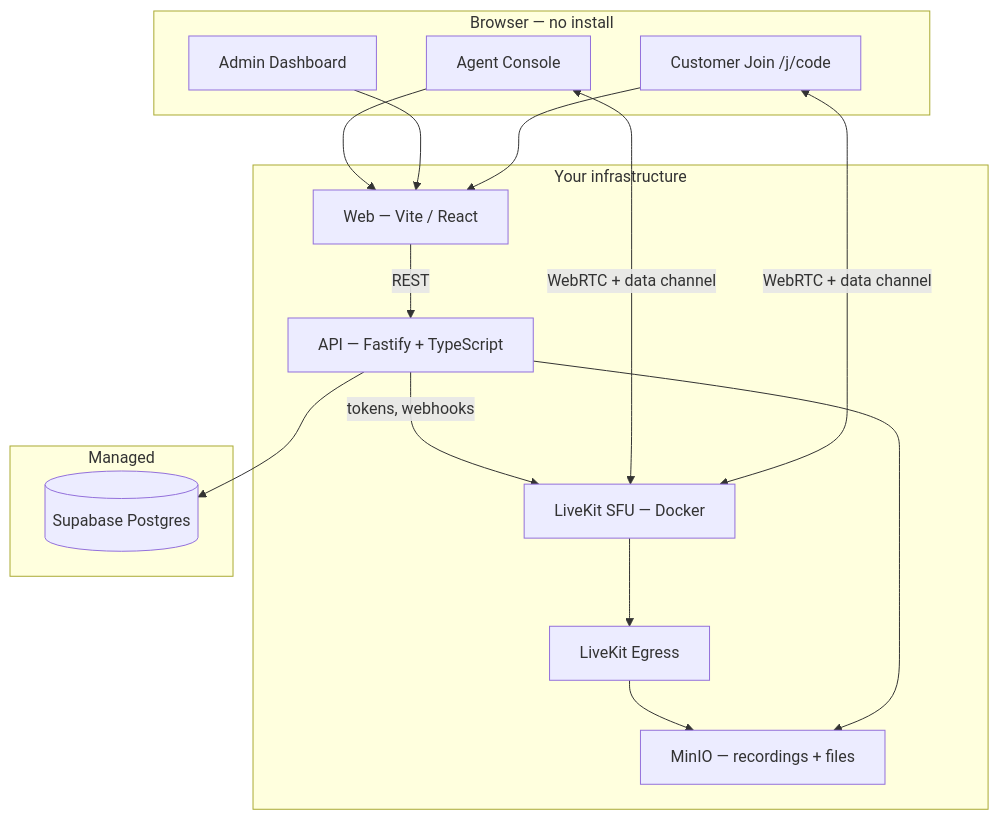
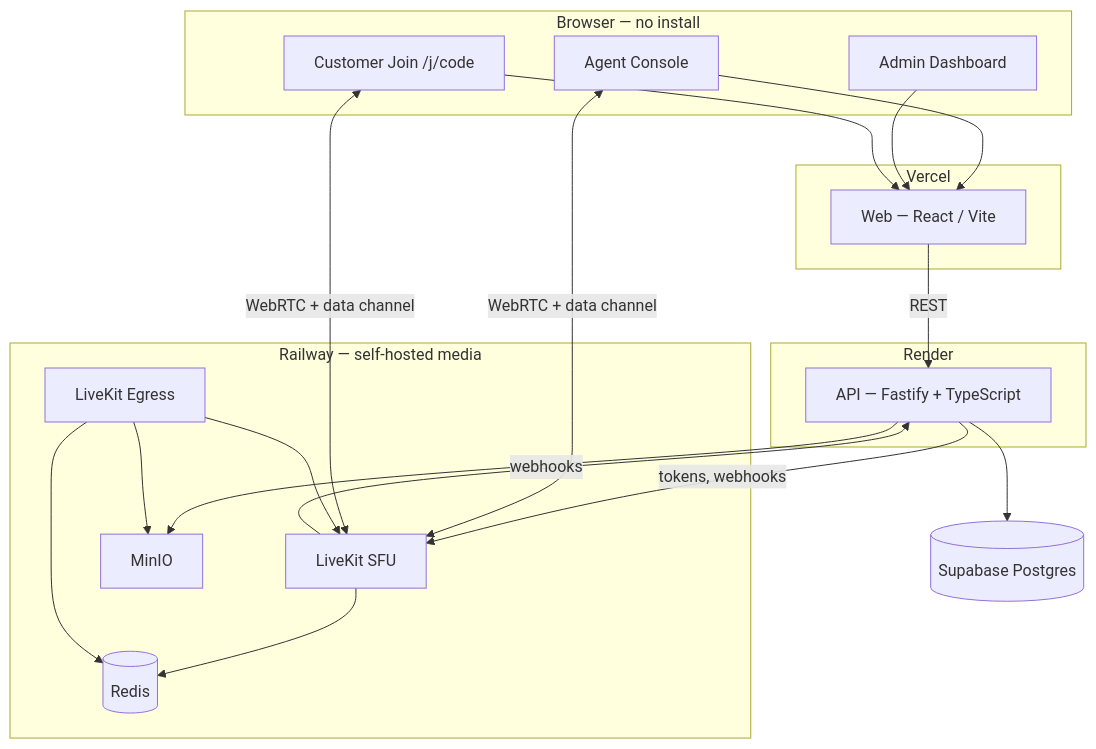
The diagram in README.md (SreeRag1907/AssistLens), drawn with Mermaid before and after one commit. The commit also changed other lines of this file and 2 other files, not shown here.

Commit message:
updated the readme and architecture

````diff
--- a/README.md
+++ b/README.md
@@ -57,32 +55,40 @@
 ```mermaid
 flowchart TD
   subgraph browsers [Browser — no install]
     agentUI[Agent Console]
     adminUI[Admin Dashboard]
     custUI[Customer Join /j/code]
   end
 
-  subgraph host [Your infrastructure]
-    web[Web — Vite / React]
+  subgraph vercel [Vercel]
+    web[Web — React / Vite]
+  end
+
+  subgraph render [Render]
     api[API — Fastify + TypeScript]
-    lk[LiveKit SFU — Docker]
-    minio[MinIO — recordings + files]
+  end
+
+  subgraph railway [Railway — self-hosted media]
+    lk[LiveKit SFU]
+    redis[(Redis)]
+    minio[MinIO]
     egress[LiveKit Egress]
   end
 
-  subgraph managed [Managed]
-    pg[(Supabase Postgres)]
-  end
+  pg[(Supabase Postgres)]
 
   agentUI --> web
   adminUI --> web
   custUI --> web
   web -->|REST| api
+  api --> pg
   api -->|tokens, webhooks| lk
-  api --> pg
+  api --> minio
   agentUI <-->|WebRTC + data channel| lk
   custUI <-->|WebRTC + data channel| lk
-  lk --> egress
+  lk --> redis
+  egress --> redis
+  egress --> lk
   egress --> minio
-  api --> minio
+  lk -->|webhooks| api
 ```
````
